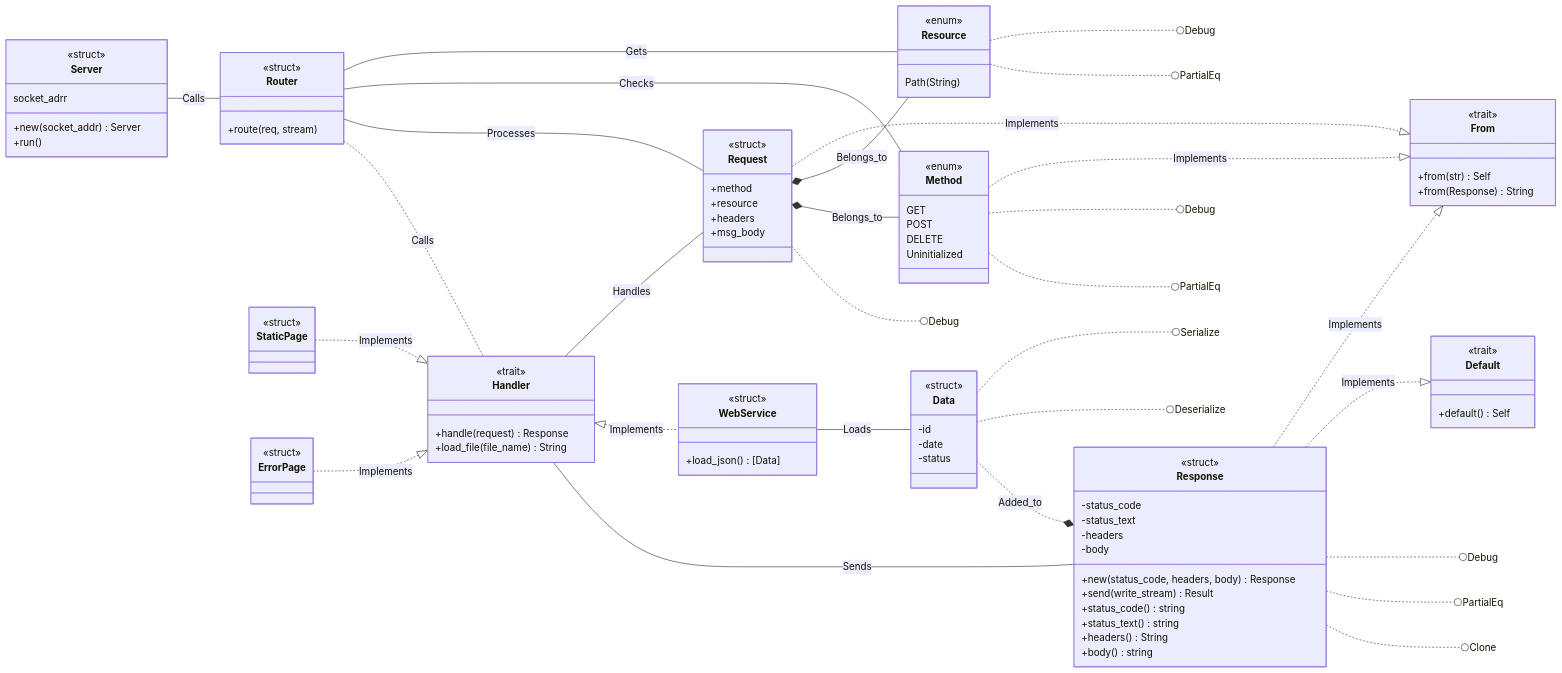
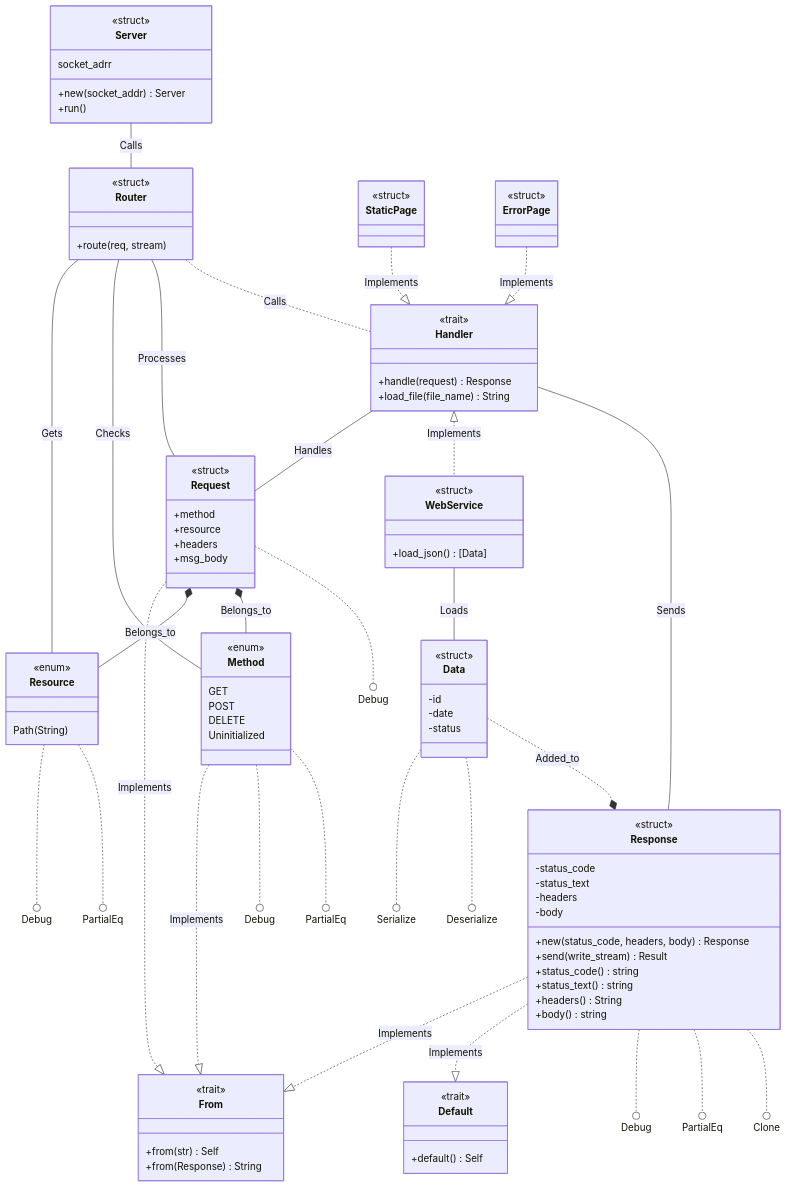
One commit to 8lkc/localhost changed the third of 5 diagrams in README.md. Above: the diagram before and after it, drawn with Mermaid. The commit also changed other lines of this file and 21 other files, not shown here.

````diff
--- a/README.md
+++ b/README.md
@@ -122,6 +190,5 @@
 ```mermaid
 classDiagram
-direction LR
 
 class Handler {
   <<trait>>
````
